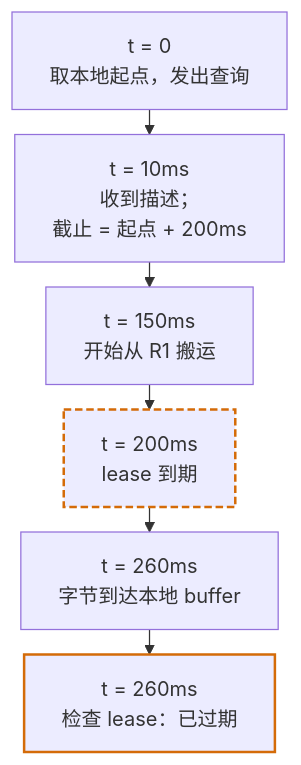
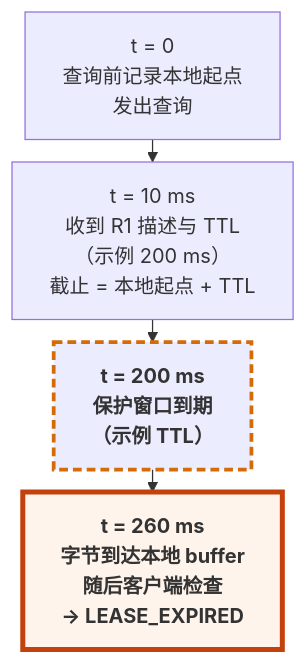
The diagram in mooncake-kv-cache-series/wechat/04-get-and-lease.md (Hansyangxingxiang/Mooncake), drawn with Mermaid before and after one commit. The commit also changed other lines of this file and 28 other files, not shown here.

````diff
--- a/mooncake-kv-cache-series/wechat/04-get-and-lease.md
+++ b/mooncake-kv-cache-series/wechat/04-get-and-lease.md
@@ -25,13 +25,13 @@
 ```mermaid
-%%{init: {"flowchart": {"nodeSpacing": 20, "rankSpacing": 20}}}%%
+%%{init: {"flowchart": {"nodeSpacing": 12, "rankSpacing": 18}}}%%
 flowchart TB
-    T0["t = 0<br/>取本地起点，发出查询"]
-    T1["t = 10ms<br/>收到描述；<br/>截止 = 起点 + 200ms"]
-    T2["t = 150ms<br/>开始从 R1 搬运"]
-    T3["t = 200ms<br/>lease 到期"]
-    T4["t = 260ms<br/>字节到达本地 buffer"]
-    T5["t = 260ms<br/>检查 lease：已过期"]
-    T0 --> T1 --> T2 --> T3 --> T4 --> T5
-    style T3 stroke:#D46B08,stroke-width:2px,stroke-dasharray:6 3
-    style T5 stroke:#D46B08,stroke-width:2px
+    T0["t = 0<br/>查询前记录本地起点<br/>发出查询"]
+    T1["t = 10 ms<br/>收到 R1 描述与 TTL<br/>（示例 200 ms）<br/>截止 = 本地起点 + TTL"]
+    T2["t = 200 ms<br/>保护窗口到期<br/>（示例 TTL）"]
+    T3["t = 260 ms<br/>字节到达本地 buffer<br/>随后客户端检查<br/>→ LEASE_EXPIRED"]
+
+    T0 --> T1 --> T2 --> T3
+
+    style T2 stroke:#D46B08,stroke-width:3px,stroke-dasharray:7 4,font-weight:bold
+    style T3 stroke:#C2410C,stroke-width:4px,font-weight:bold,fill:#FFF4EC
 ```
````
